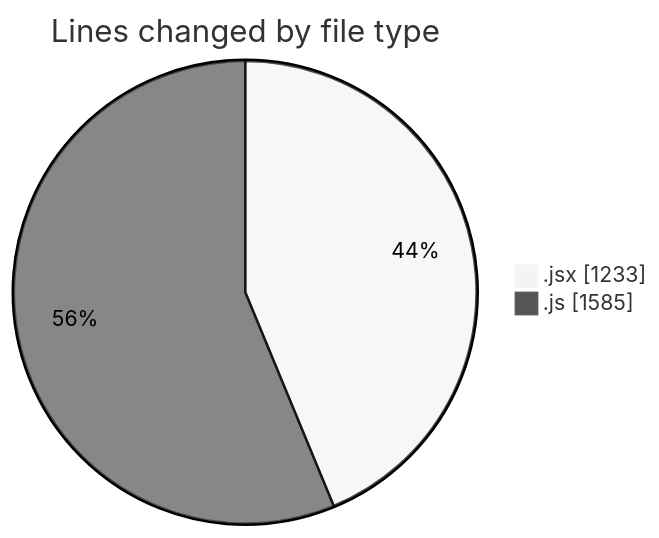
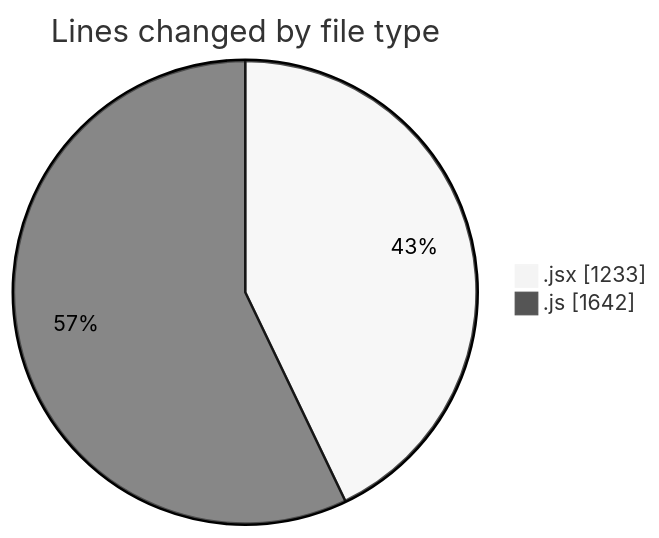
One commit to nxtqubesakshisongat/code-tracking changed the first of 2 diagrams in 2025-07-25/nxtqube_webapp/README.md. Above: the diagram before and after it, drawn with Mermaid (neutral theme). The commit also changed other lines of this file and 1 other file, not shown here.

````diff
--- a/2025-07-25/nxtqube_webapp/README.md
+++ b/2025-07-25/nxtqube_webapp/README.md
@@ -29,6 +30,6 @@
 ```mermaid
 pie showData
 title Lines changed by file type
 ".jsx" : 1233
-".js" : 1585
+".js" : 1642
 ```
````
